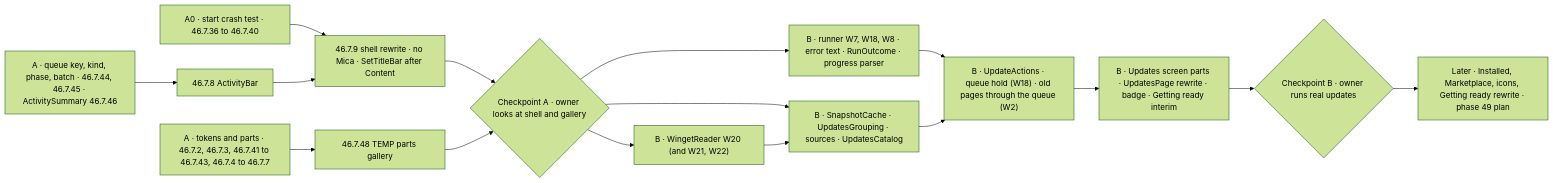
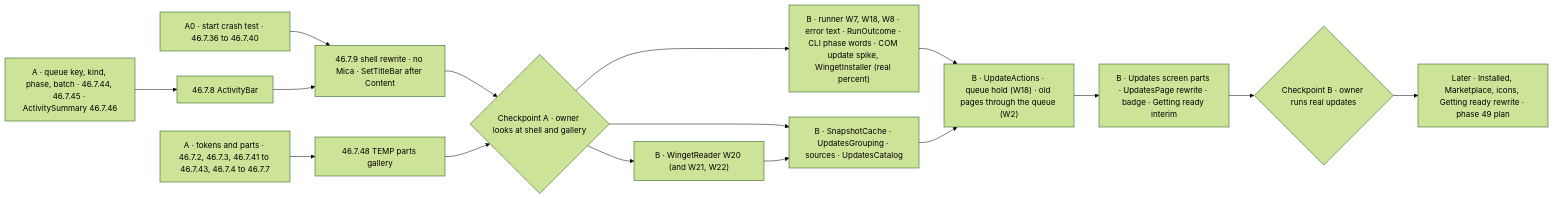
One commit to merchanthasan2/AudoChocolatey changed the eighth of 10 diagrams in docs/ARCHITECTURE.md. Above: the diagram before and after it, drawn with Mermaid (forest theme). The commit also changed other lines of this file and 2 other files, not shown here.

Commit message:
plan: D9 COM update route with real progress, CLI backup; D10 cancel; D11 close guard; new tasks 46.7.88-94

````diff
--- a/docs/ARCHITECTURE.md
+++ b/docs/ARCHITECTURE.md
@@ -312,17 +312,17 @@
 ```mermaid
 flowchart LR
   a0["A0 · start crash test · 46.7.36 to 46.7.40"] --> a9["46.7.9 shell rewrite · no Mica · SetTitleBar after Content"]
   a1["A · tokens and parts · 46.7.2, 46.7.3, 46.7.41 to 46.7.43, 46.7.4 to 46.7.7"] --> gal["46.7.48 TEMP parts gallery"]
   aq["A · queue key, kind, phase, batch · 46.7.44, 46.7.45 · ActivitySummary 46.7.46"] --> bar["46.7.8 ActivityBar"] --> a9
   a9 --> cpa{"Checkpoint A · owner looks at shell and gallery"}
   gal --> cpa
-  cpa --> b1["B · runner W7, W18, W8 · error text · RunOutcome · progress parser"]
+  cpa --> b1["B · runner W7, W18, W8 · error text · RunOutcome · CLI phase words · COM update spike, WingetInstaller (real percent)"]
   cpa --> b2["B · WingetReader W20 (and W21, W22)"]
   cpa --> b3["B · SnapshotCache · UpdatesGrouping · sources · UpdatesCatalog"]
   b1 --> b4["B · UpdateActions · queue hold (W18) · old pages through the queue (W2)"]
   b2 --> b3
   b3 --> b4
   b4 --> b5["B · Updates screen parts · UpdatesPage rewrite · badge · Getting ready interim"]
   b5 --> cpb{"Checkpoint B · owner runs real updates"}
   cpb --> later["Later · Installed, Marketplace, icons, Getting ready rewrite · phase 49 plan"]
 ```
````
